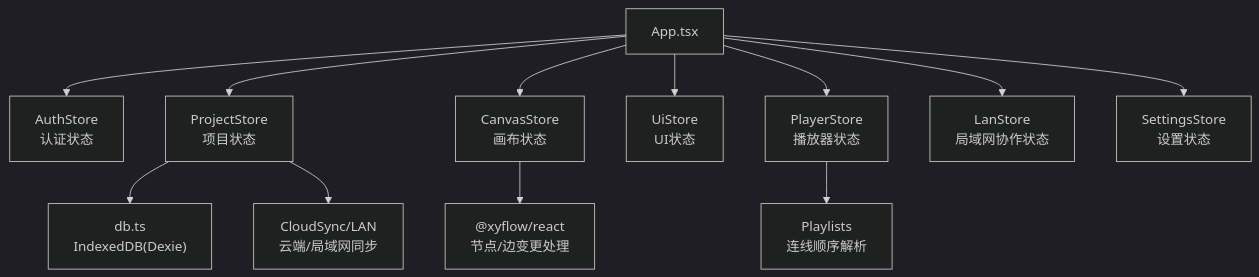
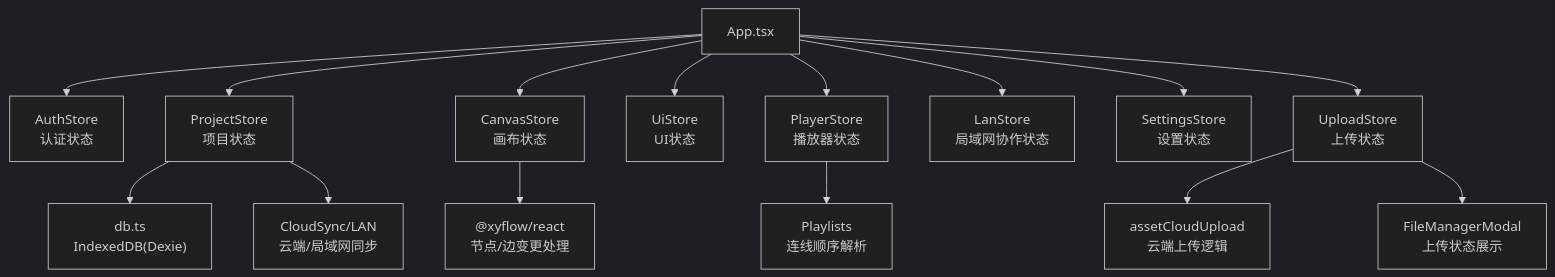
Before and after one commit to suqi-bot/SuQCanvas: the first of 10 diagrams in .qoder/repowiki/zh/content/架构设计/组件架构设计/组件通信模式/Zustand 状态管理.md, drawn with Mermaid (dark theme). The commit also changed other lines of this file and 69 other files, not shown here.

````diff
--- a/.qoder/repowiki/zh/content/架构设计/组件架构设计/组件通信模式/Zustand 状态管理.md
+++ b/.qoder/repowiki/zh/content/架构设计/组件架构设计/组件通信模式/Zustand 状态管理.md
@@ -51,14 +65,17 @@
 ```mermaid
 graph TB
 A["App.tsx"] --> B["AuthStore<br/>认证状态"]
 A --> C["ProjectStore<br/>项目状态"]
 A --> D["CanvasStore<br/>画布状态"]
 A --> E["UiStore<br/>UI状态"]
 A --> F["PlayerStore<br/>播放器状态"]
 A --> G["LanStore<br/>局域网协作状态"]
 A --> H["SettingsStore<br/>设置状态"]
-C --> I["db.ts<br/>IndexedDB(Dexie)"]
-C --> J["CloudSync/LAN<br/>云端/局域网同步"]
-F --> K["Playlists<br/>连线顺序解析"]
-D --> L["@xyflow/react<br/>节点/边变更处理"]
+A --> I["UploadStore<br/>上传状态"]
+C --> J["db.ts<br/>IndexedDB(Dexie)"]
+C --> K["CloudSync/LAN<br/>云端/局域网同步"]
+F --> L["Playlists<br/>连线顺序解析"]
+D --> M["@xyflow/react<br/>节点/边变更处理"]
+I --> N["assetCloudUpload<br/>云端上传逻辑"]
+I --> O["FileManagerModal<br/>上传状态展示"]
 ```
````
